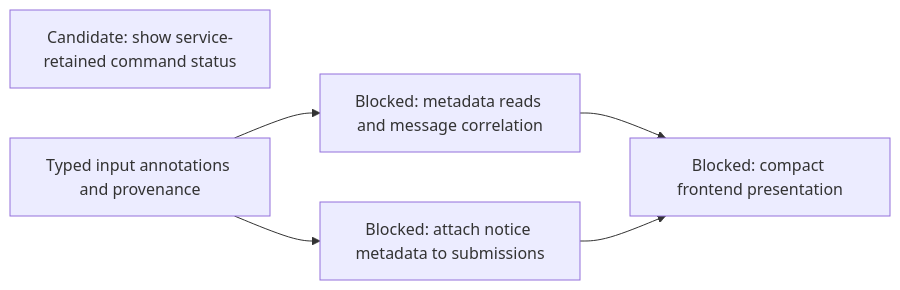
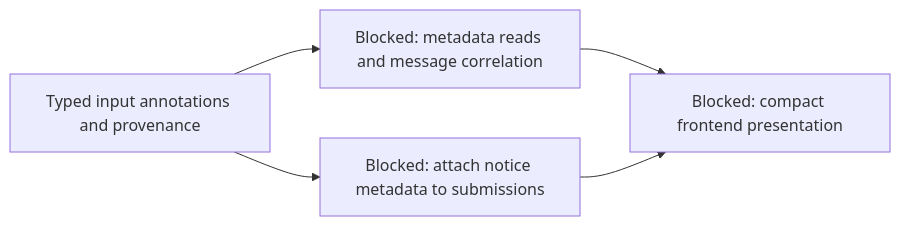
One commit to agentydragon-agent/ducktape changed the second of 11 diagrams in agentplane/plans/task_dag.md. Above: the diagram before and after it, drawn with Mermaid. The commit also changed other lines of this file and 15 other files, not shown here.

````diff
--- a/agentplane/plans/task_dag.md
+++ b/agentplane/plans/task_dag.md
@@ -45,12 +45,11 @@
 ```mermaid
 flowchart LR
-    SESSION_COMMAND_STATUS_UI[Candidate: show service-retained command status]
     SESSION_INPUT_METADATA[Typed input annotations and provenance]
     SESSION_INPUT_METADATA_READ[Blocked: metadata reads and message correlation]
     NOTIFICATION_NOTICE_METADATA[Blocked: attach notice metadata to submissions]
     NOTIFICATION_PRESENTATION[Blocked: compact frontend presentation]
     SESSION_INPUT_METADATA --> SESSION_INPUT_METADATA_READ
     SESSION_INPUT_METADATA --> NOTIFICATION_NOTICE_METADATA
     SESSION_INPUT_METADATA_READ --> NOTIFICATION_PRESENTATION
     NOTIFICATION_NOTICE_METADATA --> NOTIFICATION_PRESENTATION
 ```
````
